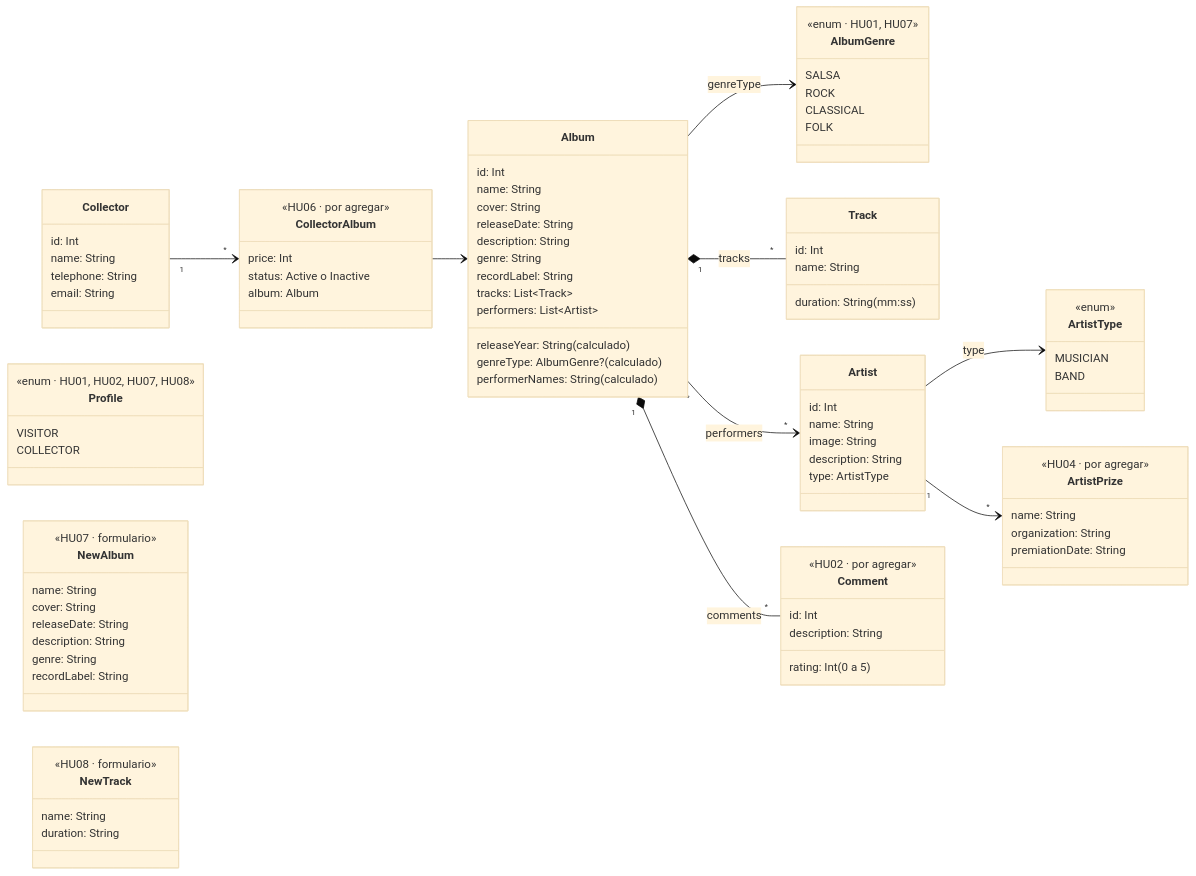
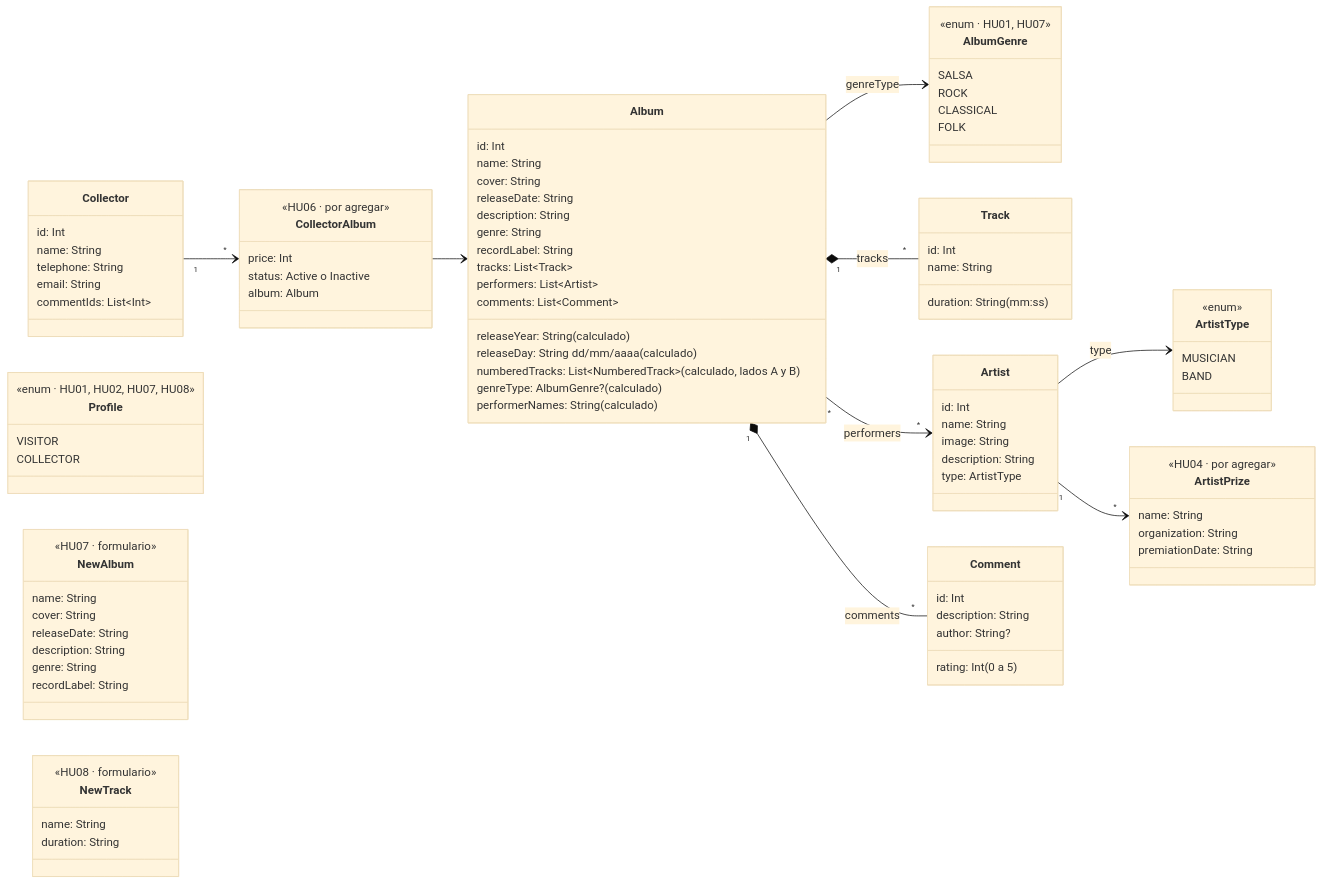
One commit to jhon0520/Andes-Vynils-App changed the third of 4 diagrams in docs/App-technical-documentation.md. Above: the diagram before and after it, drawn with Mermaid (base theme). The commit also changed other lines of this file and 37 other files, not shown here.

```diff
--- a/docs/App-technical-documentation.md
+++ b/docs/App-technical-documentation.md
@@ -110,7 +110,10 @@
         recordLabel: String
         tracks: List~Track~
         performers: List~Artist~
+        comments: List~Comment~
         releaseYear: String (calculado)
+        releaseDay: String dd/mm/aaaa (calculado)
+        numberedTracks: List~NumberedTrack~ (calculado, lados A y B)
         genreType: AlbumGenre? (calculado)
         performerNames: String (calculado)
     }
@@ -143,12 +146,13 @@
         name: String
         telephone: String
         email: String
+        commentIds: List~Int~
     }
     class Comment {
-        <<HU02 · por agregar>>
         id: Int
         description: String
         rating: Int (0 a 5)
+        author: String?
     }
     class ArtistPrize {
         <<HU04 · por agregar>>
```
